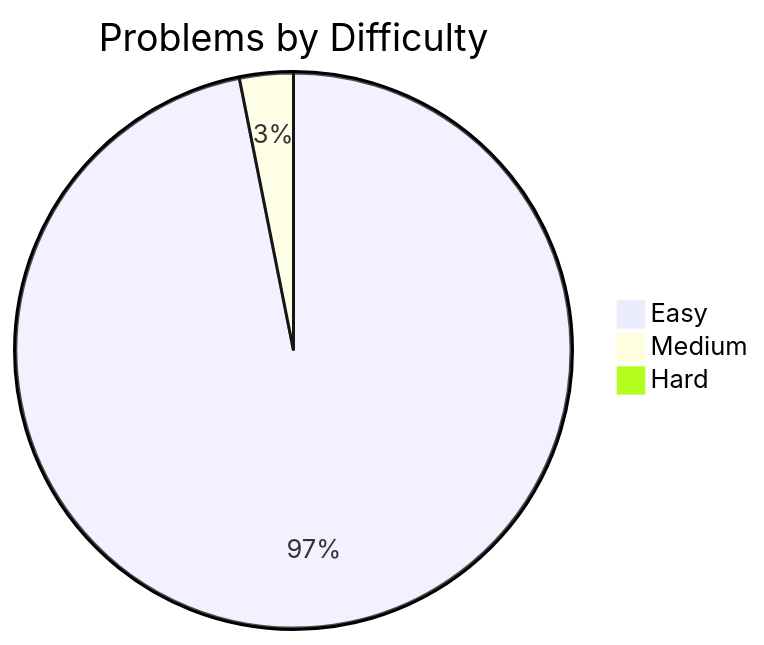
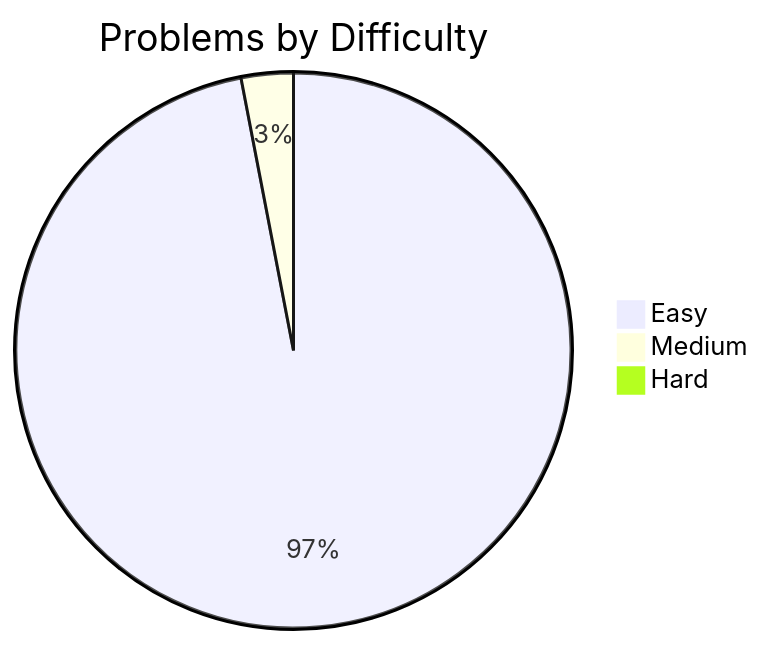
The diagram in README.md (davelin18yufan/leetcode-journal), drawn with Mermaid before and after one commit. The commit also changed other lines of this file and 4 other files, not shown here.

````diff
--- a/README.md
+++ b/README.md
@@ -7,7 +7,7 @@
 ```mermaid
 pie
     title Problems by Difficulty
-    "Easy" : 31
+    "Easy" : 32
     "Medium" : 1
     "Hard" : 0
 ```
````
